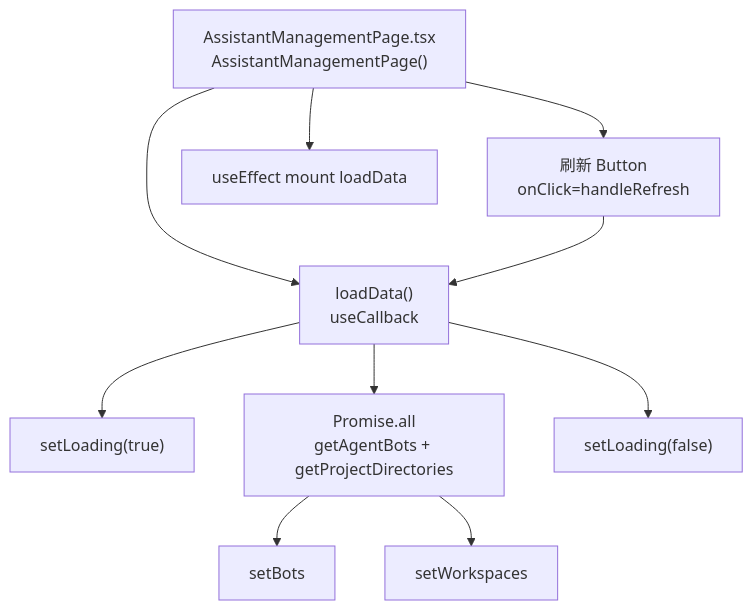
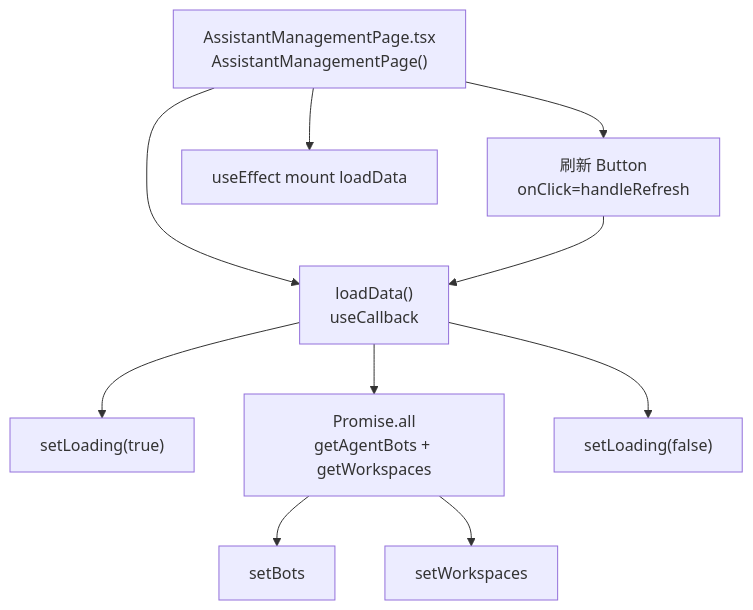
One commit to weibaohui/ntd changed the second of 4 diagrams in frontend/src/help/pages/assistant-refresh.md. Above: the diagram before and after it, drawn with Mermaid. The commit also changed other lines of this file and 122 other files, not shown here.

````diff
--- a/frontend/src/help/pages/assistant-refresh.md
+++ b/frontend/src/help/pages/assistant-refresh.md
@@ -20,12 +20,12 @@
 ```mermaid
 flowchart TD
   Page["AssistantManagementPage.tsx<br>AssistantManagementPage()"] --> loadData["loadData()<br>useCallback"]
   loadData --> setLoading["setLoading(true)"]
-  loadData --> PromiseAll["Promise.all<br>getAgentBots + getProjectDirectories"]
+  loadData --> PromiseAll["Promise.all<br>getAgentBots + getWorkspaces"]
   PromiseAll --> setBots["setBots"]
   PromiseAll --> setWorkspaces["setWorkspaces"]
   loadData --> setLoadingFalse["setLoading(false)"]
   Page --> RefreshBtn["刷新 Button<br>onClick=handleRefresh"]
   RefreshBtn --> loadData
   Page --> useEffect["useEffect mount loadData"]
 ```
````
